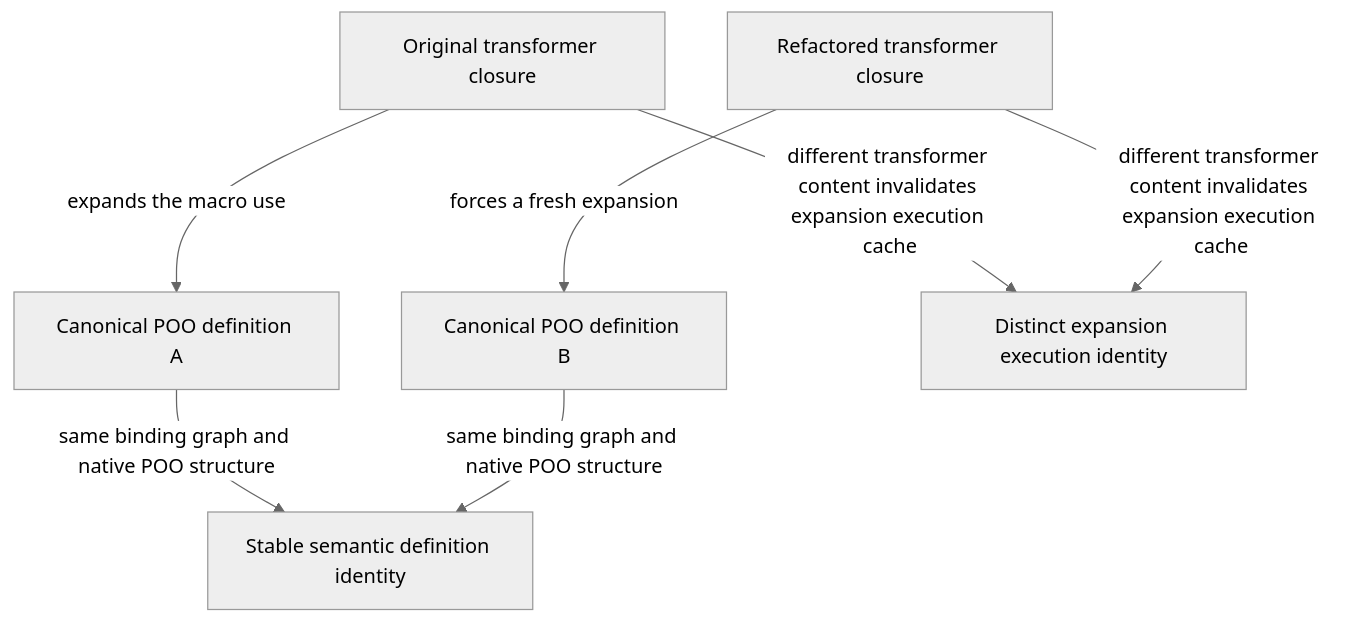
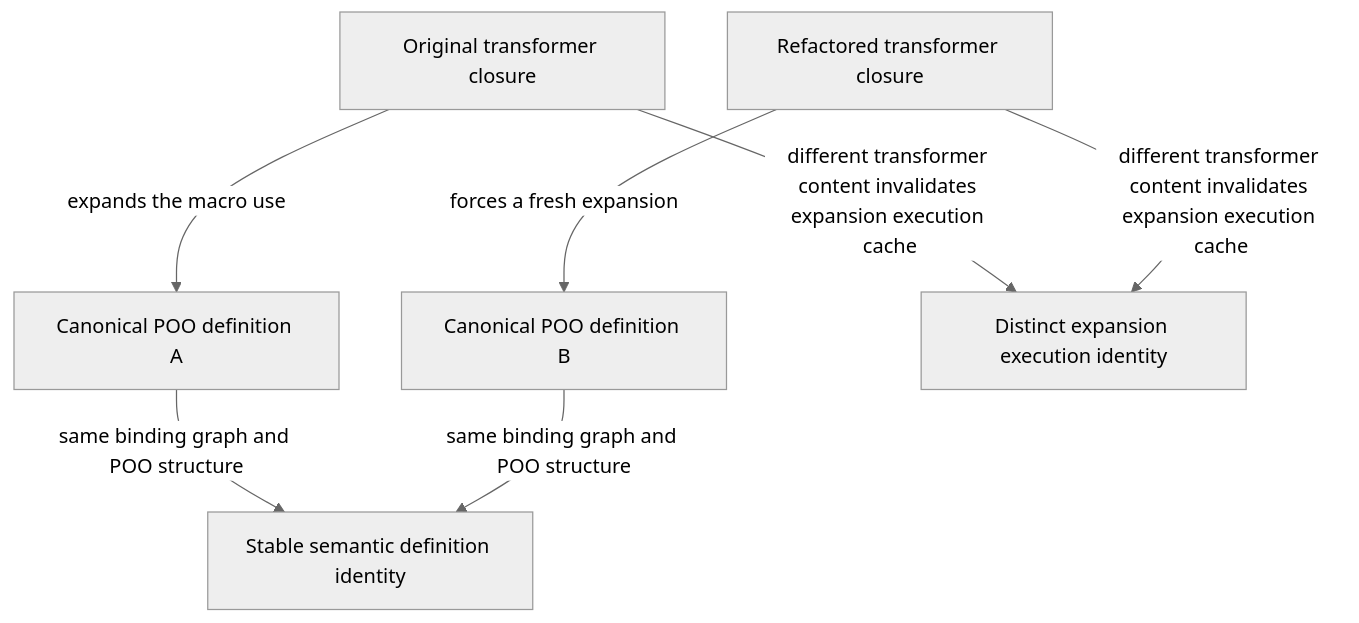
The second of 4 diagrams in module-system/design/45-35-macro-expanded-poo-prototype-definition-identity.org (tao3k/gebril-yuanxu), drawn with Mermaid (neutral theme) before and after one commit. The commit also changed other lines of this file and 1469 other files, not shown here.

```diff
--- a/module-system/design/45-35-macro-expanded-poo-prototype-definition-identity.org
+++ b/module-system/design/45-35-macro-expanded-poo-prototype-definition-identity.org
@@ -105,9 +105,9 @@
 #+begin_src mermaid
 flowchart TD
   O["Original transformer closure"] -->|"expands the macro use"| A["Canonical POO definition A"]
   N["Refactored transformer closure"] -->|"forces a fresh expansion"| B["Canonical POO definition B"]
-  A -->|"same binding graph and native POO structure"| I["Stable semantic definition identity"]
-  B -->|"same binding graph and native POO structure"| I
+  A -->|"same binding graph and POO structure"| I["Stable semantic definition identity"]
+  B -->|"same binding graph and POO structure"| I
   O -->|"different transformer content invalidates expansion execution cache"| X["Distinct expansion execution identity"]
   N -->|"different transformer content invalidates expansion execution cache"| X
 #+end_src
```
